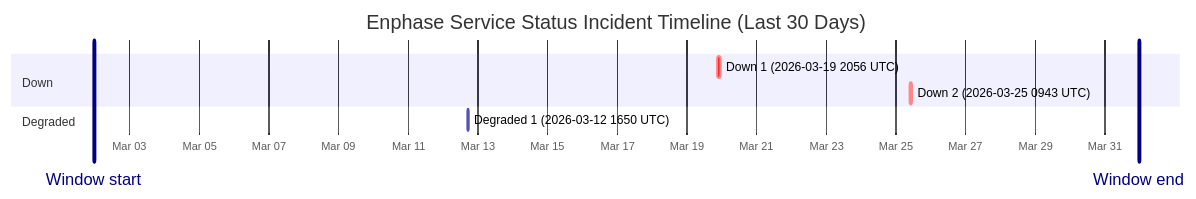
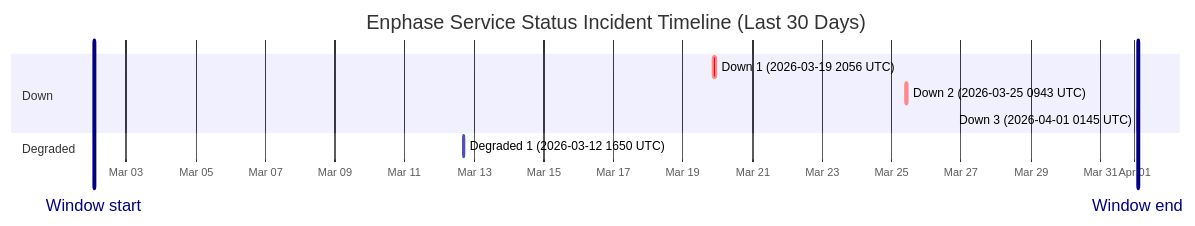
One commit to barneyonline/ha-enphase-ev-charger changed the diagram in wiki/Service-Status-History.md. Above: the diagram before and after it, drawn with Mermaid. The commit also changed other lines of this file and 4 other files, not shown here.

````diff
--- a/wiki/Service-Status-History.md
+++ b/wiki/Service-Status-History.md
@@ -14,13 +14,14 @@
 ```mermaid
 gantt
     title Enphase Service Status Incident Timeline (Last 30 Days)
     dateFormat  YYYY-MM-DDTHH:mm:ss
     axisFormat  %b %d
-    Window start :vert, window-start, 2026-03-01T23:26:21, 0ms
-    Window end :vert, window-end, 2026-03-31T23:26:21, 0ms
+    Window start :vert, window-start, 2026-03-02T01:45:09, 0ms
+    Window end :vert, window-end, 2026-04-01T01:45:09, 0ms
     section Down
     Down 1 (2026-03-19 2056 UTC) :crit, down-1, 2026-03-19T20:56:20, 145m
     Down 2 (2026-03-25 0943 UTC) :crit, down-2, 2026-03-25T09:43:28, 111m
+    Down 3 (2026-04-01 0145 UTC) :crit, down-3, 2026-04-01T01:45:09, 60m
     section Degraded
     Degraded 1 (2026-03-12 1650 UTC) :active, degraded-1, 2026-03-12T16:50:43, 60m
 ```
````
